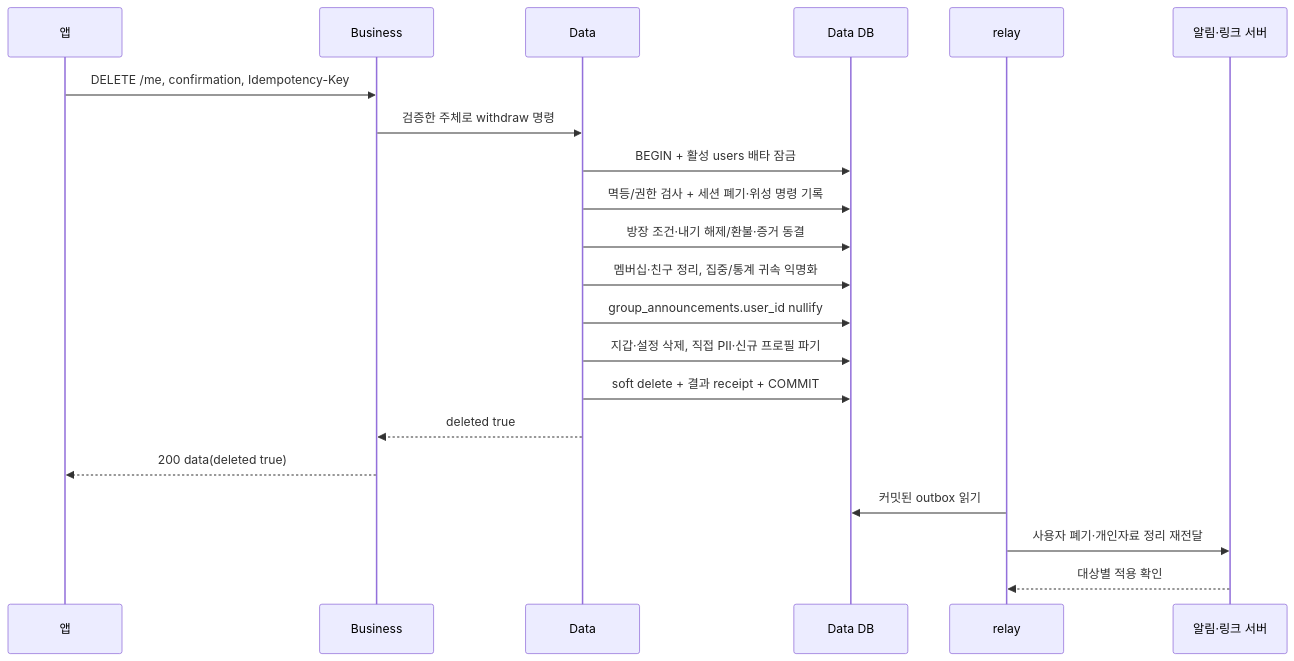
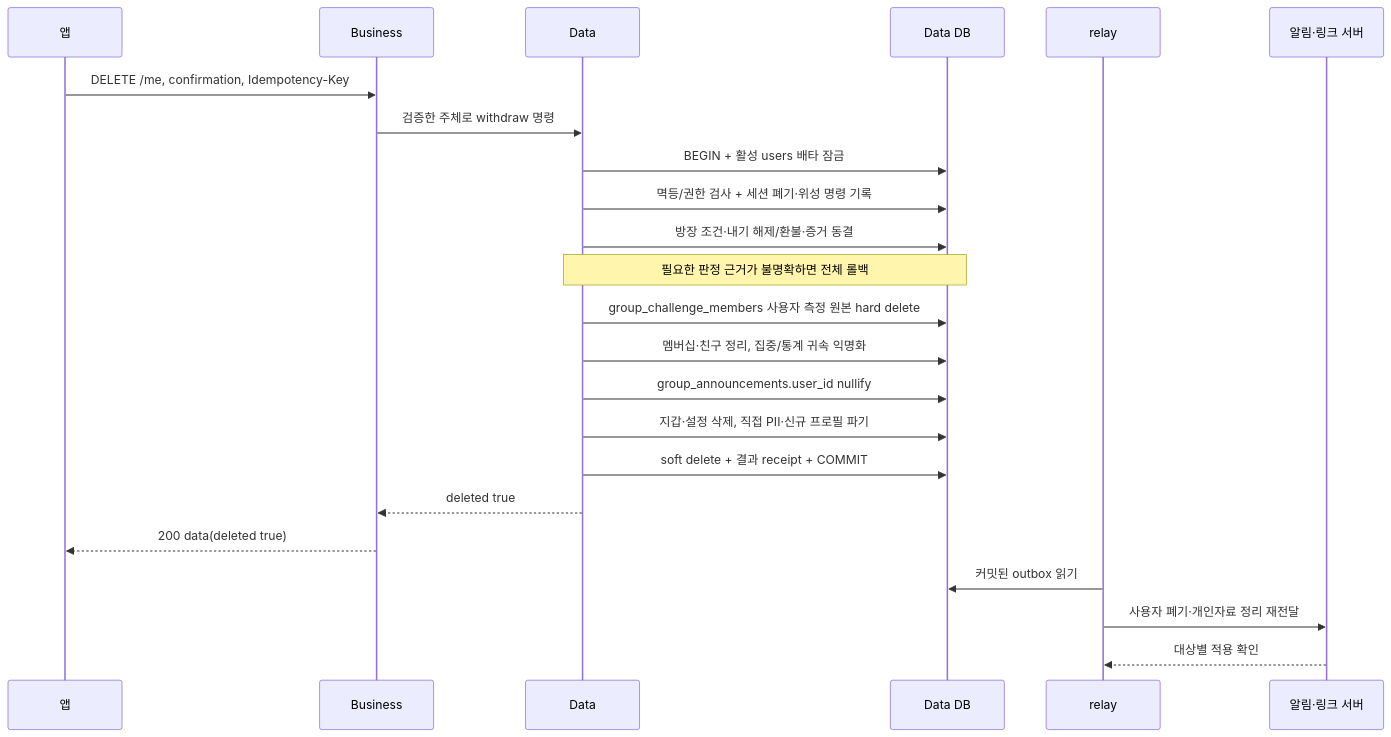
One commit to OneOrThree/phone changed the fourth of 5 diagrams in docs/prd/account/high-level-design.md. Above: the diagram before and after it, drawn with Mermaid. The commit also changed other lines of this file and 4 other files, not shown here.

````diff
--- a/docs/prd/account/high-level-design.md
+++ b/docs/prd/account/high-level-design.md
@@ -86,23 +96,25 @@
 ```mermaid
 sequenceDiagram
     participant A as 앱
     participant B as Business
     participant D as Data
     participant DB as Data DB
     participant R as relay
     participant S as 알림·링크 서버
     A->>B: DELETE /me, confirmation, Idempotency-Key
     B->>D: 검증한 주체로 withdraw 명령
     D->>DB: BEGIN + 활성 users 배타 잠금
     D->>DB: 멱등/권한 검사 + 세션 폐기·위성 명령 기록
     D->>DB: 방장 조건·내기 해제/환불·증거 동결
+    Note over D,DB: 필요한 판정 근거가 불명확하면 전체 롤백
+    D->>DB: group_challenge_members 사용자 측정 원본 hard delete
     D->>DB: 멤버십·친구 정리, 집중/통계 귀속 익명화
     D->>DB: group_announcements.user_id nullify
     D->>DB: 지갑·설정 삭제, 직접 PII·신규 프로필 파기
     D->>DB: soft delete + 결과 receipt + COMMIT
     D-->>B: deleted true
     B-->>A: 200 data(deleted true)
     R->>DB: 커밋된 outbox 읽기
     R->>S: 사용자 폐기·개인자료 정리 재전달
     S-->>R: 대상별 적용 확인
 ```
````
